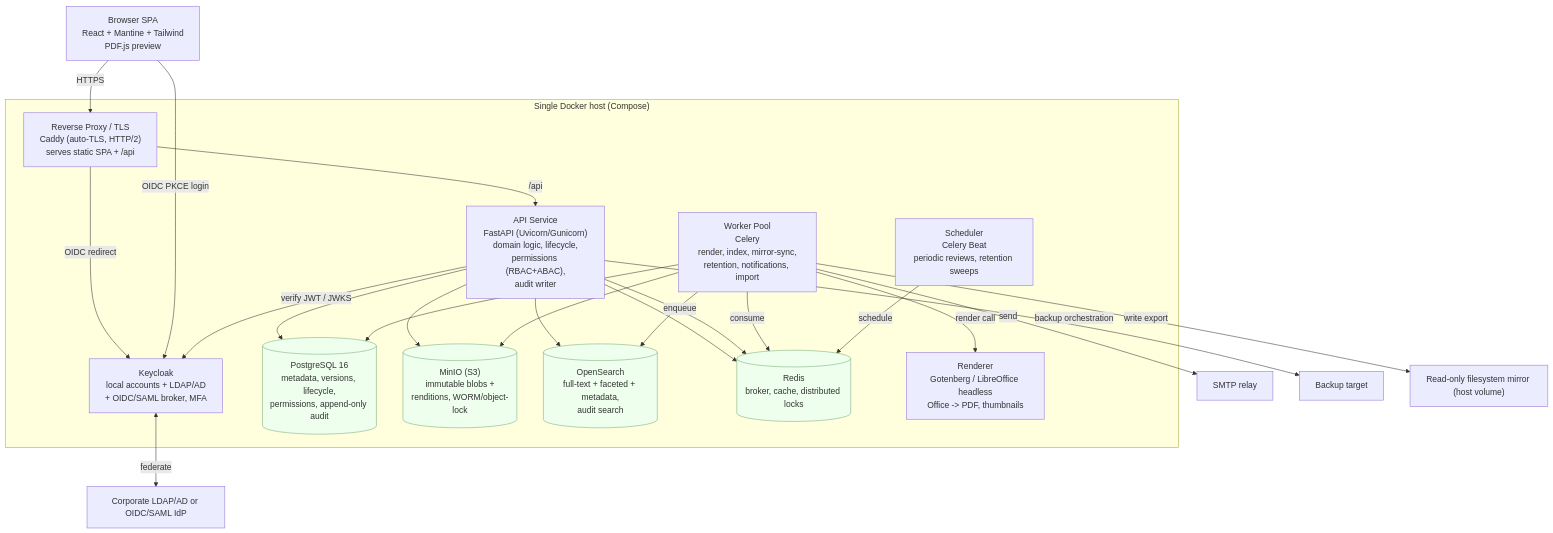
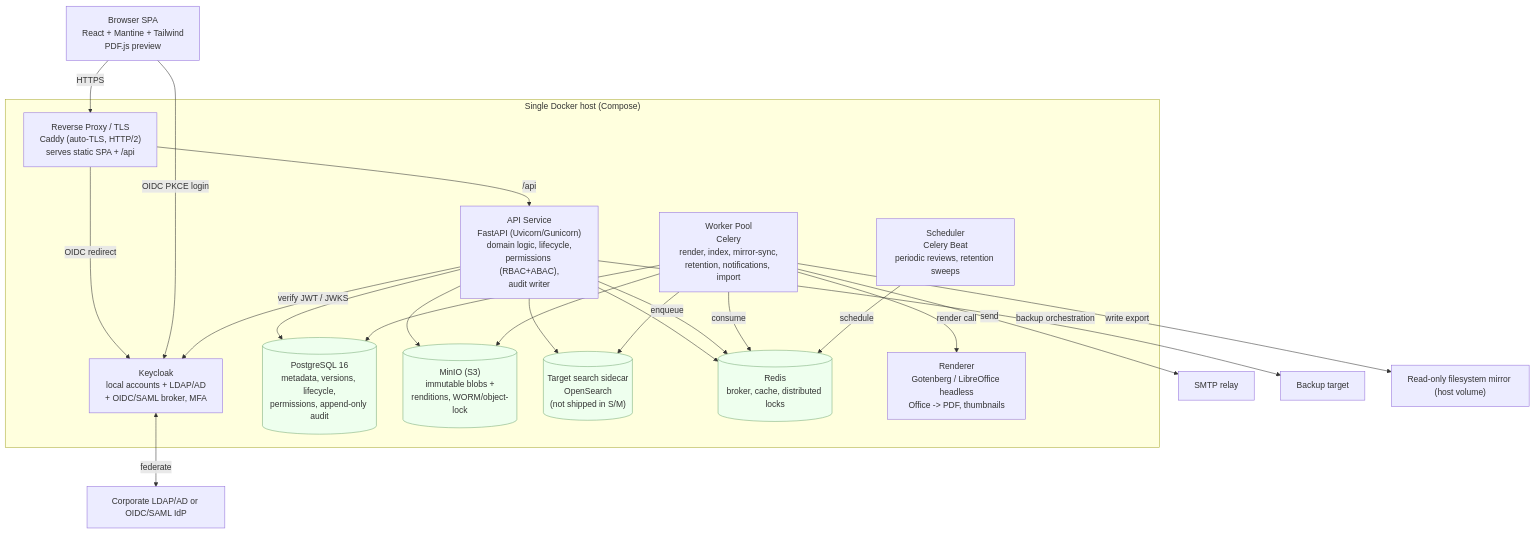
The second of 5 diagrams in docs/03-architecture-and-stack.md (CoJoA13/EasySynQ), drawn with Mermaid before and after one commit. The commit also changed other lines of this file and 43 other files, not shown here.

````diff
--- a/docs/03-architecture-and-stack.md
+++ b/docs/03-architecture-and-stack.md
@@ -109,52 +117,52 @@
 ```mermaid
 graph TB
     Browser["Browser SPA<br/>React + Mantine + Tailwind<br/>PDF.js preview"]
 
     subgraph Host["Single Docker host (Compose)"]
         Proxy["Reverse Proxy / TLS<br/>Caddy (auto-TLS, HTTP/2)<br/>serves static SPA + /api"]
 
         API["API Service<br/>FastAPI (Uvicorn/Gunicorn)<br/>domain logic, lifecycle,<br/>permissions (RBAC+ABAC),<br/>audit writer"]
 
         Worker["Worker Pool<br/>Celery<br/>render, index, mirror-sync,<br/>retention, notifications, import"]
         Beat["Scheduler<br/>Celery Beat<br/>periodic reviews, retention sweeps"]
 
         KC["Keycloak<br/>local accounts + LDAP/AD<br/>+ OIDC/SAML broker, MFA"]
 
         PG[("PostgreSQL 16<br/>metadata, versions, lifecycle,<br/>permissions, append-only audit")]
         OBJ[("MinIO (S3)<br/>immutable blobs +<br/>renditions, WORM/object-lock")]
-        IDX[("OpenSearch<br/>full-text + faceted + metadata,<br/>audit search")]
+        IDX[("Target search sidecar<br/>OpenSearch<br/>(not shipped in S/M)")]
         RDS[("Redis<br/>broker, cache, distributed locks")]
         REND["Renderer<br/>Gotenberg / LibreOffice headless<br/>Office -> PDF, thumbnails"]
     end
 
     extIdP["Corporate LDAP/AD or OIDC/SAML IdP"]
     extSMTP["SMTP relay"]
     extBKP["Backup target"]
     FSMirror["Read-only filesystem mirror (host volume)"]
 
     Browser -->|HTTPS| Proxy
     Proxy -->|/api| API
     Proxy -->|OIDC redirect| KC
     Browser -->|OIDC PKCE login| KC
     API -->|verify JWT / JWKS| KC
     KC <-->|federate| extIdP
 
     API --> PG
     API --> OBJ
     API --> IDX
     API --> RDS
     API -->|enqueue| RDS
     Worker -->|consume| RDS
     Beat -->|schedule| RDS
 
     Worker --> PG
     Worker --> OBJ
     Worker --> IDX
     Worker -->|render call| REND
     Worker -->|write export| FSMirror
     Worker -->|send| extSMTP
     API -->|backup orchestration| extBKP
 
     classDef store fill:#efe,stroke:#7a7;
     class PG,OBJ,IDX,RDS store;
 ```
````
